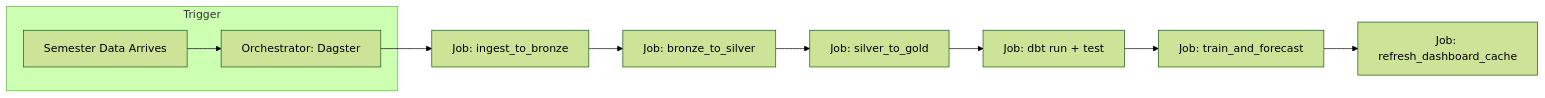
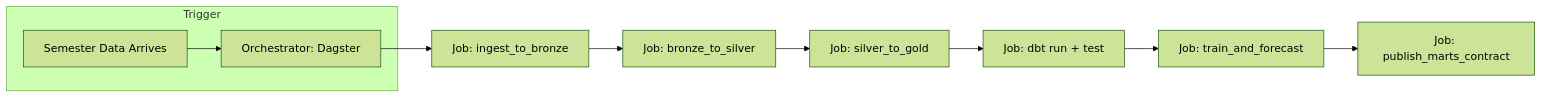
Before and after one commit to DatAisen1/university-analytics-platform-capstone: the second of 3 diagrams in docs/02_System_Architecture.md, drawn with Mermaid (forest theme). The commit also changed other lines of this file and 11 other files, not shown here.

````diff
--- a/docs/02_System_Architecture.md
+++ b/docs/02_System_Architecture.md
@@ -71,12 +75,12 @@
 ```mermaid
 flowchart LR
     subgraph Trigger
     S[Semester Data Arrives] --> O[Orchestrator: Dagster]
     end
     O --> P1[Job: ingest_to_bronze]
     P1 --> P2[Job: bronze_to_silver]
     P2 --> P3[Job: silver_to_gold]
     P3 --> P4[Job: dbt run + test]
     P4 --> P5[Job: train_and_forecast]
-    P5 --> P6[Job: refresh_dashboard_cache]
+    P5 --> P6[Job: publish_marts_contract]
 ```
````
